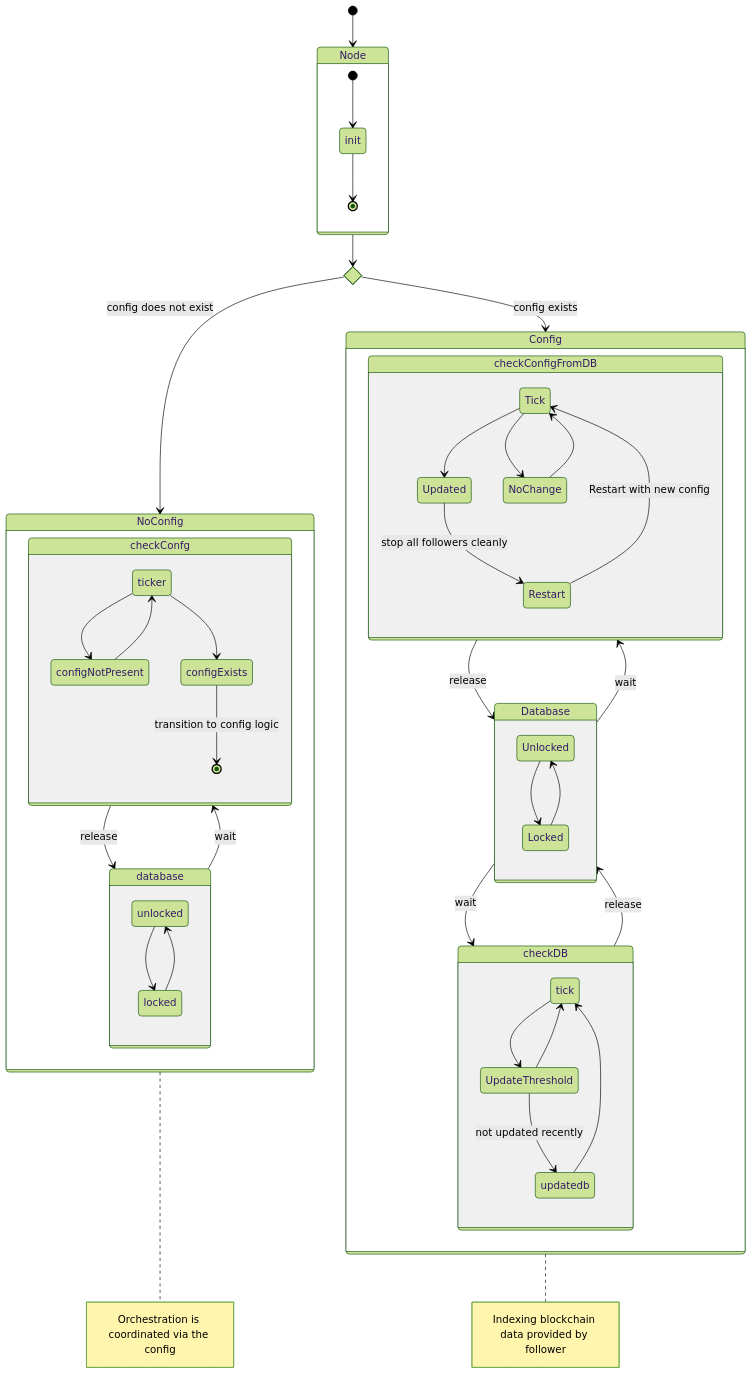
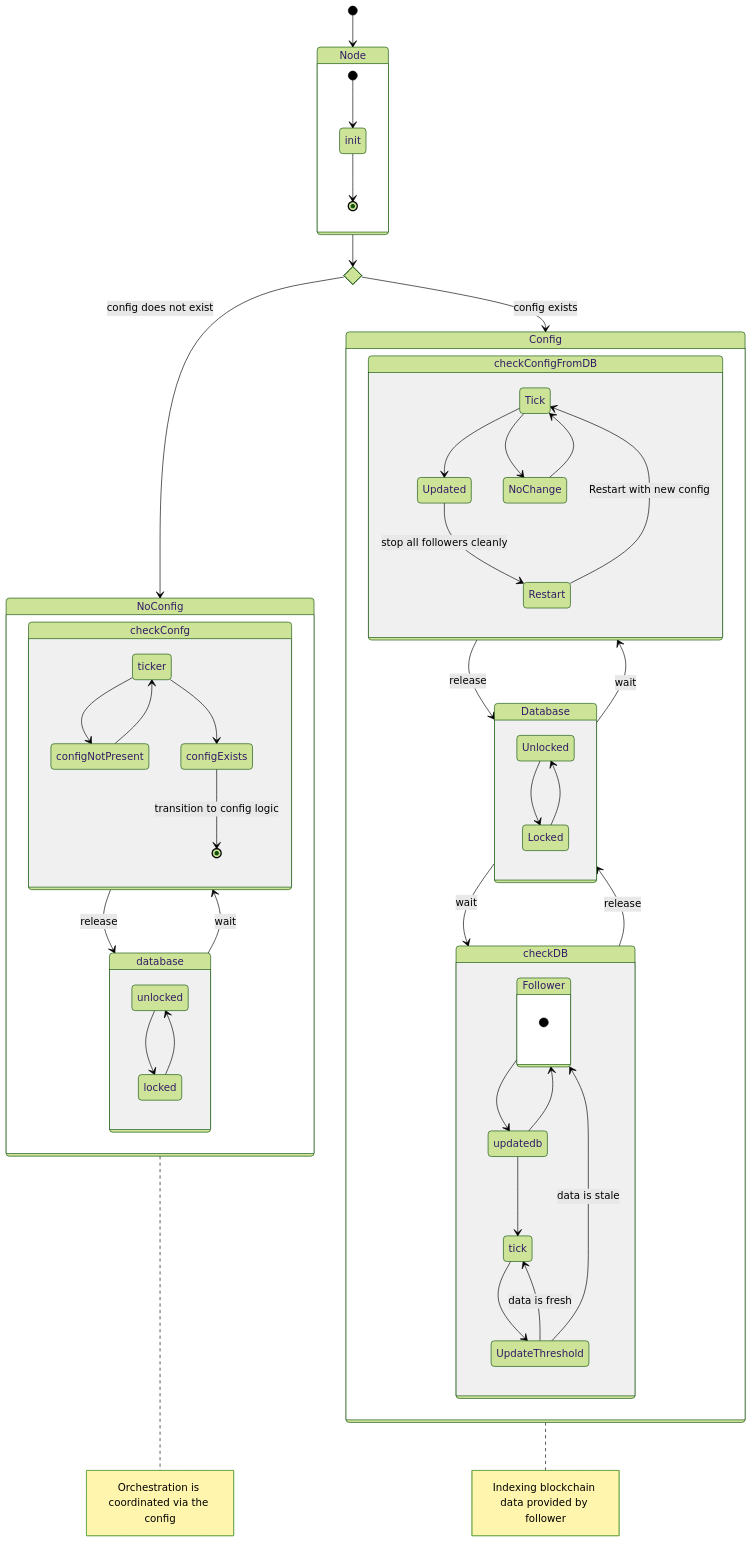
One commit to input-output-hk/catalyst-voices changed the diagram in docs/src/architecture/08_concepts/gateway/mechanics.md. Above: the diagram before and after it, drawn with Mermaid (forest theme).

Commit message:
docs(skeleton for gateway follower): initial napkin sketches

````diff
--- a/docs/src/architecture/08_concepts/gateway/mechanics.md
+++ b/docs/src/architecture/08_concepts/gateway/mechanics.md
@@ -7,64 +7,69 @@
 ```mermaid
   stateDiagram-v2
     state if_state <<choice>>
     [*] --> Node
     Node -->if_state
     if_state --> NoConfig: config does not exist
     if_state --> Config : config exists
 
     note right of NoConfig
             Orchestration is coordinated via the config
         end note
     
     note right of Config
             Indexing blockchain data provided by follower
         end note
 
     state Node {
         [*] --> init
         init --> [*]
     }
+
+    state Follower {
+        [*]  
+    }
+
     state Config {
         checkConfigFromDB-->Database: release
         Database-->checkConfigFromDB: wait
 
         checkDB-->Database: release
         Database-->checkDB: wait
 
         State checkConfigFromDB{
             Tick --> Updated
             Tick --> NoChange: 
             Updated --> Restart: stop all followers cleanly
             Restart --> Tick: Restart with new config
             NoChange--> Tick
         }
         State checkDB{
             tick --> UpdateThreshold
-            UpdateThreshold --> tick
-            UpdateThreshold--> updatedb: not updated recently
+            UpdateThreshold --> tick: data is fresh
+            UpdateThreshold--> Follower: data is stale
             updatedb --> tick
+            updatedb-->Follower
+            Follower -->updatedb
         }
         state Database{
             Unlocked --> Locked
             Locked--> Unlocked
         }
     }
     state NoConfig {
         checkConfg-->database: release
         database--> checkConfg: wait   
 
         state checkConfg{
             ticker--> configNotPresent
             configNotPresent-->ticker
             ticker-->configExists
             configExists-->[*]: transition to config logic
         }  
 
         state database{
             unlocked --> locked
             locked--> unlocked
         }   
     }
-  
-
 ```
````
